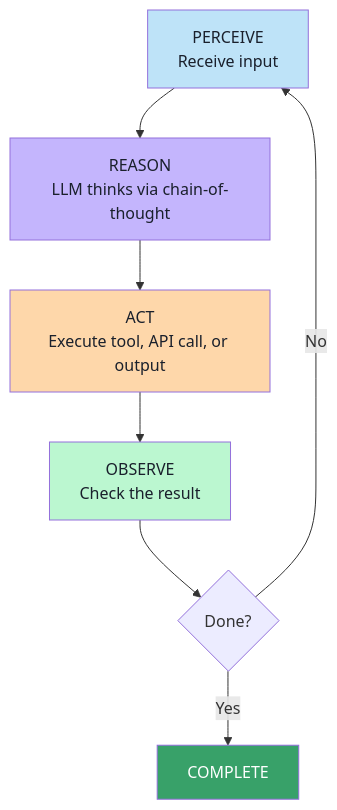
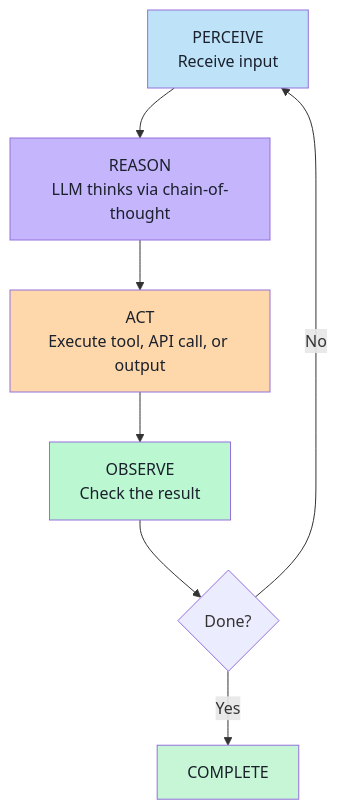
One commit to moltbot47/agentic-ai-course changed the second of 5 diagrams in module-1-foundations/curriculum.md. Above: the diagram before and after it, drawn with Mermaid. The commit also changed other lines of this file and 9 other files, not shown here.

First line of the commit message:
Fix all mermaid boxes to use light fills with dark text

````diff
--- a/module-1-foundations/curriculum.md
+++ b/module-1-foundations/curriculum.md
@@ -37,14 +37,14 @@
 ```mermaid
 flowchart TD
     A["PERCEIVE\nReceive input"] --> B["REASON\nLLM thinks via chain-of-thought"]
     B --> C["ACT\nExecute tool, API call, or output"]
     C --> D["OBSERVE\nCheck the result"]
     D --> E{"Done?"}
     E -->|No| A
     E -->|Yes| F["COMPLETE"]
     style A fill:#bee3f8,color:#1a202c
     style B fill:#c4b5fd,color:#1a202c
     style C fill:#fed7aa,color:#1a202c
     style D fill:#bbf7d0,color:#1a202c
-    style F fill:#38a169,color:#fff
+    style F fill:#c6f6d5,color:#1a202c
 ```
````
